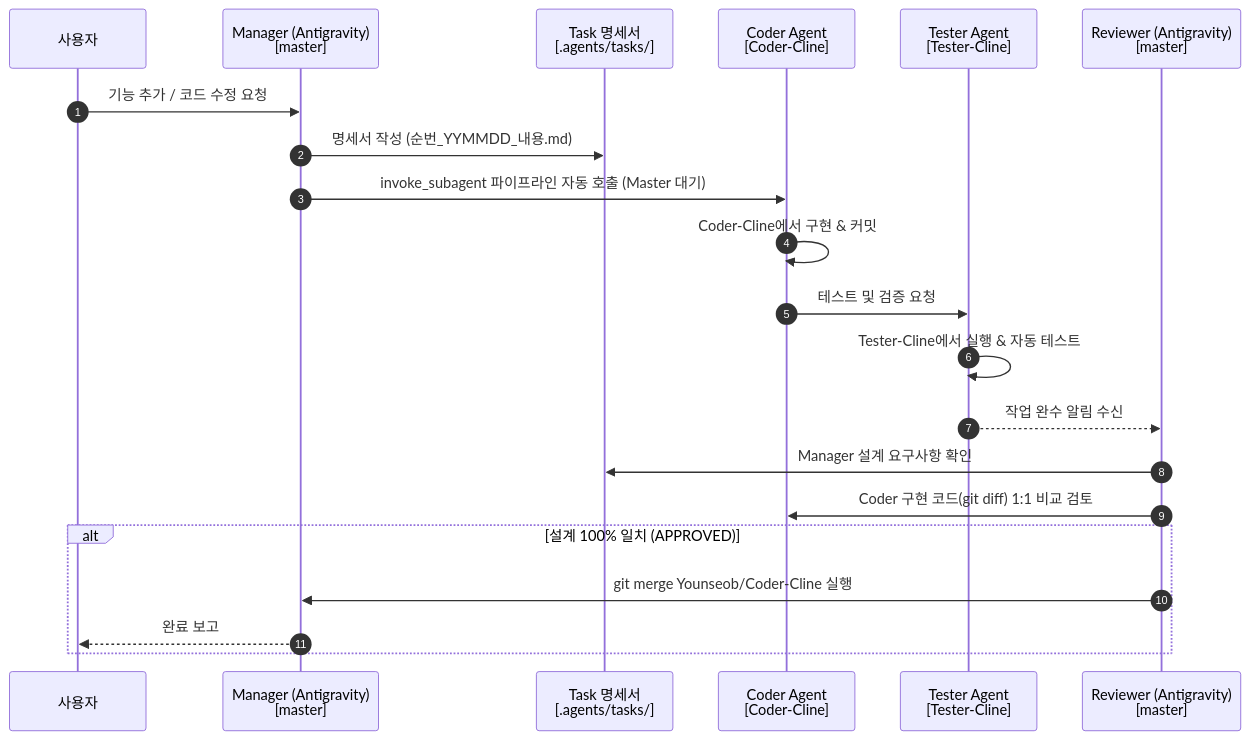
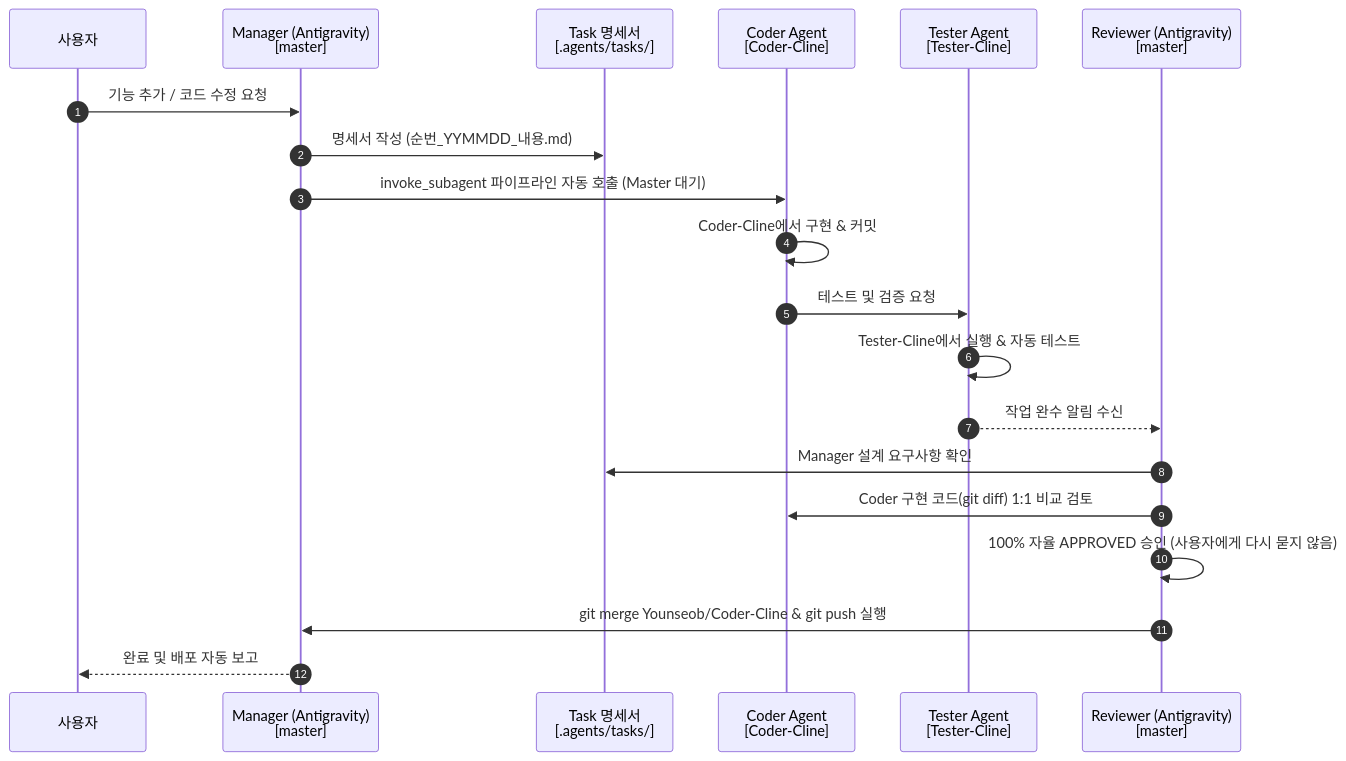
One commit to Younseob/my_stock_auto changed the diagram in AGENTS.md. Above: the diagram before and after it, drawn with Mermaid. The commit also changed other lines of this file and 1 other file, not shown here.

Commit message:
docs(governance): enforce non-interactive auto-approval protocol (Manager -> Coder -> Tester -> Reviewer -> Merge -> Push)

````diff
--- a/AGENTS.md
+++ b/AGENTS.md
@@ -34,26 +36,25 @@
 ```mermaid
 sequenceDiagram
     autonumber
     participant User as 사용자
     participant Manager as Manager (Antigravity)<br/>[master]
     participant Task as Task 명세서<br/>[.agents/tasks/]
     participant Coder as Coder Agent<br/>[Coder-Cline]
     participant Tester as Tester Agent<br/>[Tester-Cline]
     participant Reviewer as Reviewer (Antigravity)<br/>[master]
 
     User->>Manager: 기능 추가 / 코드 수정 요청
     Manager->>Task: 명세서 작성 (순번_YYMMDD_내용.md)
     Manager->>Coder: invoke_subagent 파이프라인 자동 호출 (Master 대기)
 
     Coder->>Coder: Coder-Cline에서 구현 & 커밋
     Coder->>Tester: 테스트 및 검증 요청
     Tester->>Tester: Tester-Cline에서 실행 & 자동 테스트
     Tester-->>Reviewer: 작업 완수 알림 수신
 
     Reviewer->>Task: Manager 설계 요구사항 확인
     Reviewer->>Coder: Coder 구현 코드(git diff) 1:1 비교 검토
-    alt 설계 100% 일치 (APPROVED)
-        Reviewer->>Manager: git merge Younseob/Coder-Cline 실행
-        Manager-->>User: 완료 보고
-    end
+    Reviewer->>Reviewer: 100% 자율 APPROVED 승인 (사용자에게 다시 묻지 않음)
+    Reviewer->>Manager: git merge Younseob/Coder-Cline & git push 실행
+    Manager-->>User: 완료 및 배포 자동 보고
 ```
````
